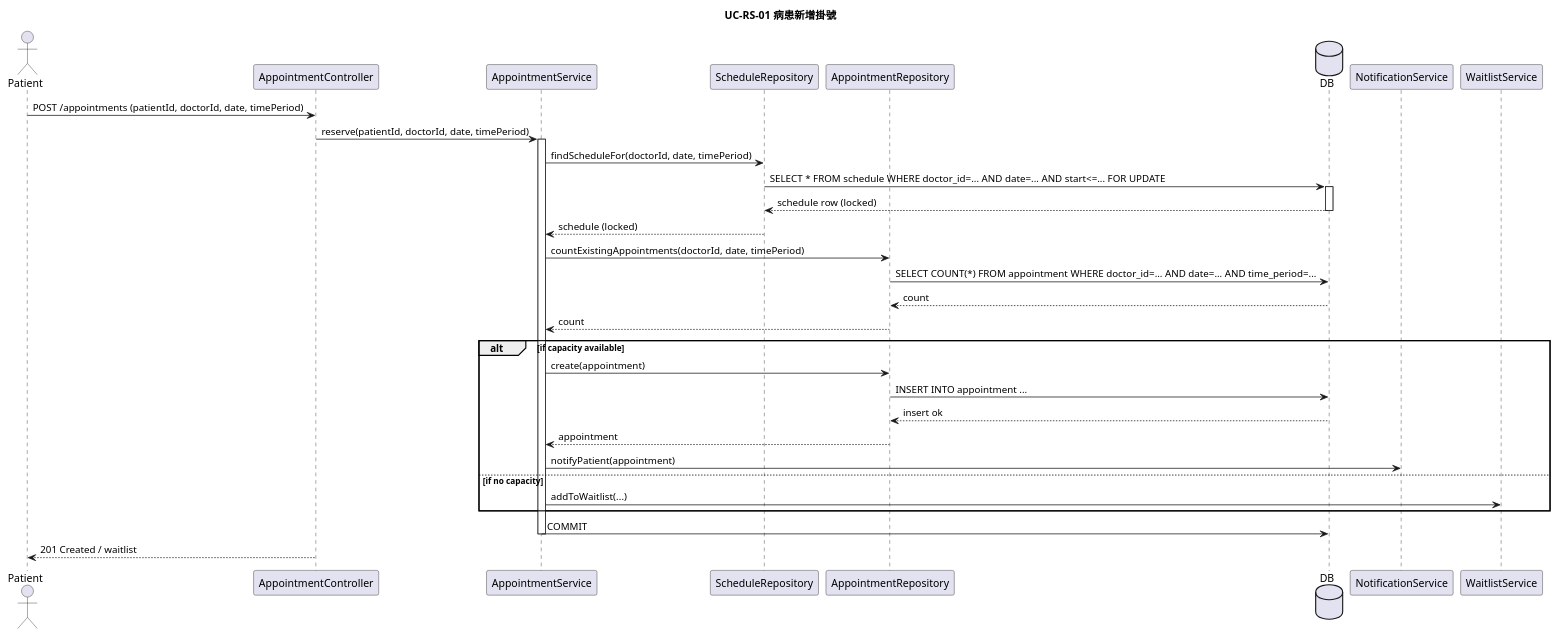
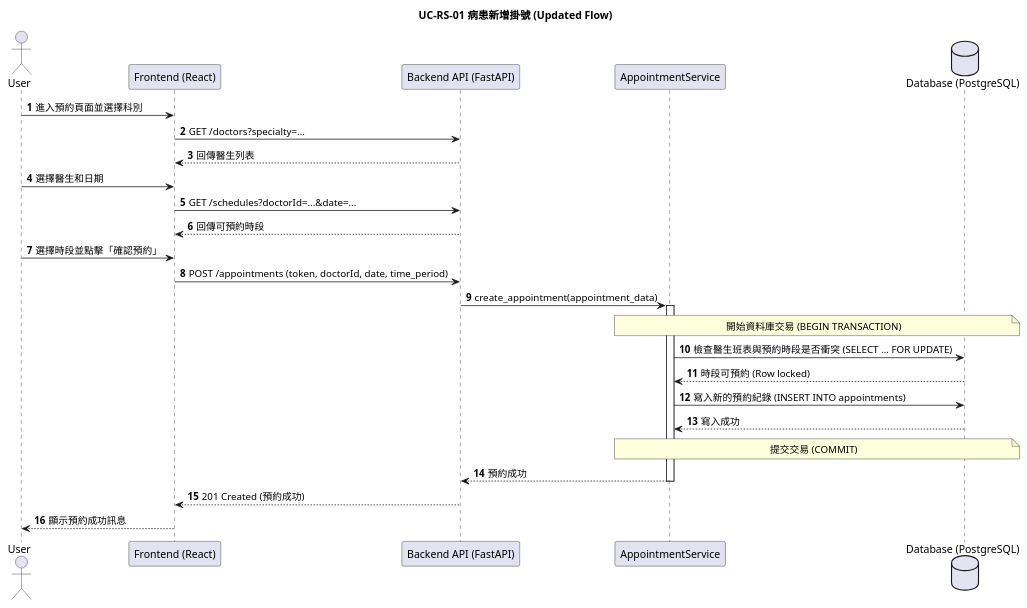
Before and after one commit to Dowgojashan/hospital_BMAD: the second of 4 diagrams in software-design-document.md, drawn with PlantUML. The commit also changed other lines of this file and 1 other file, not shown here.

````diff
--- a/software-design-document.md
+++ b/software-design-document.md
@@ -488,38 +488,39 @@
 ```plantuml
 @startuml
-title UC-RS-01 病患新增掛號
-actor Patient
-participant AppointmentController
-participant AppointmentService
-participant ScheduleRepository
-participant AppointmentRepository
-database DB
+title UC-RS-01 病患新增掛號 (Updated Flow)
+actor User
+participant "Frontend (React)" as Frontend
+participant "Backend API (FastAPI)" as API
+participant "AppointmentService" as Service
+database "Database (PostgreSQL)" as DB
 
-Patient -> AppointmentController: POST /appointments (patientId, doctorId, date, timePeriod)
-AppointmentController -> AppointmentService: reserve(patientId, doctorId, date, timePeriod)
-activate AppointmentService
-AppointmentService -> ScheduleRepository: findScheduleFor(doctorId, date, timePeriod)
-ScheduleRepository -> DB: SELECT * FROM schedule WHERE doctor_id=... AND date=... AND start<=... FOR UPDATE
-activate DB
-DB --> ScheduleRepository: schedule row (locked)
-deactivate DB
-ScheduleRepository --> AppointmentService: schedule (locked)
-AppointmentService -> AppointmentRepository: countExistingAppointments(doctorId, date, timePeriod)
-AppointmentRepository -> DB: SELECT COUNT(*) FROM appointment WHERE doctor_id=... AND date=... AND time_period=...
-DB --> AppointmentRepository: count
-AppointmentRepository --> AppointmentService: count
-alt if capacity available
-  AppointmentService -> AppointmentRepository: create(appointment)
-  AppointmentRepository -> DB: INSERT INTO appointment ...
-  DB --> AppointmentRepository: insert ok
-  AppointmentRepository --> AppointmentService: appointment
-  AppointmentService -> NotificationService: notifyPatient(appointment)
-else if no capacity
-  AppointmentService -> WaitlistService: addToWaitlist(...)
-end
-AppointmentService -> DB: COMMIT
-deactivate AppointmentService
-AppointmentController --> Patient: 201 Created / waitlist
+autonumber
+
+User -> Frontend: 進入預約頁面並選擇科別
+Frontend -> API: GET /doctors?specialty=...
+API --> Frontend: 回傳醫生列表
+
+User -> Frontend: 選擇醫生和日期
+Frontend -> API: GET /schedules?doctorId=...&date=...
+API --> Frontend: 回傳可預約時段
+
+User -> Frontend: 選擇時段並點擊「確認預約」
+Frontend -> API: POST /appointments (token, doctorId, date, time_period)
+API -> Service: create_appointment(appointment_data)
+activate Service
+
+note over Service, DB: 開始資料庫交易 (BEGIN TRANSACTION)
+Service -> DB: 檢查醫生班表與預約時段是否衝突 (SELECT ... FOR UPDATE)
+DB --> Service: 時段可預約 (Row locked)
+Service -> DB: 寫入新的預約紀錄 (INSERT INTO appointments)
+DB --> Service: 寫入成功
+note over Service, DB: 提交交易 (COMMIT)
+
+Service --> API: 預約成功
+deactivate Service
+
+API --> Frontend: 201 Created (預約成功)
+Frontend --> User: 顯示預約成功訊息
 
 @enduml
 ```
````
